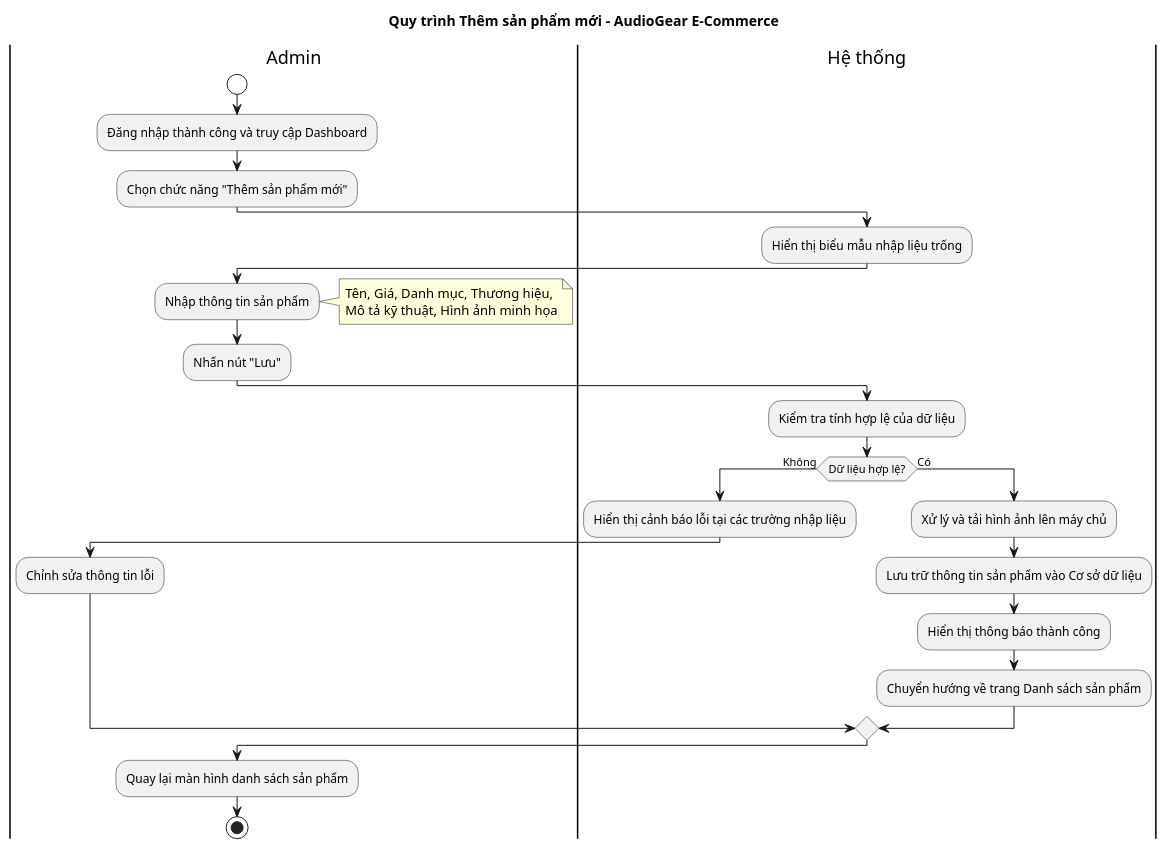
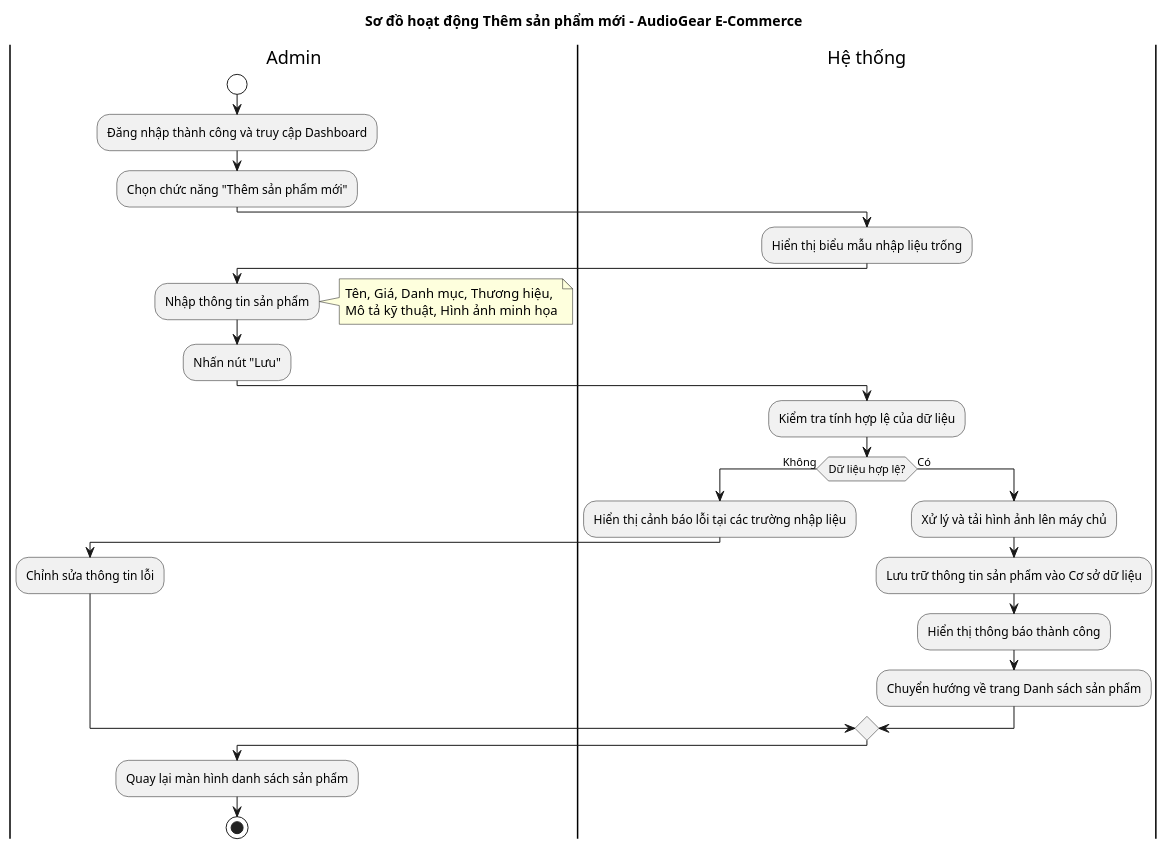
One commit to trihieuvo/justFUML changed the diagram in src/Admin/activity/activity_admin_add_product.puml. Above: the diagram before and after it, drawn with PlantUML. The commit also changed 7 other files, not shown here.

First line of the commit message:
Refactor and standardize activity UML diagrams

```diff
--- a/src/Admin/activity/activity_admin_add_product.puml
+++ b/src/Admin/activity/activity_admin_add_product.puml
@@ -1,42 +1,43 @@
-title Quy trình Thêm sản phẩm mới - AudioGear E-Commerce
+@startuml
+title Sơ đồ hoạt động Thêm sản phẩm mới - AudioGear E-Commerce
 
 skinparam ActivityStartColor white
 skinparam ActivityEndColor white
 
 |Admin|
 start
 :Đăng nhập thành công và truy cập Dashboard;
 :Chọn chức năng "Thêm sản phẩm mới";
 
 |Hệ thống|
 :Hiển thị biểu mẫu nhập liệu trống;
 
 |Admin|
 :Nhập thông tin sản phẩm;
 note right
   Tên, Giá, Danh mục, Thương hiệu,
   Mô tả kỹ thuật, Hình ảnh minh họa
 end note
 :Nhấn nút "Lưu";
 
 |Hệ thống|
 :Kiểm tra tính hợp lệ của dữ liệu;
 
 if (Dữ liệu hợp lệ?) then (Không)
     :Hiển thị cảnh báo lỗi tại các trường nhập liệu;
     |Admin|
     :Chỉnh sửa thông tin lỗi;
 
 else (Có)
     |Hệ thống|
     :Xử lý và tải hình ảnh lên máy chủ;
     :Lưu trữ thông tin sản phẩm vào Cơ sở dữ liệu;
     :Hiển thị thông báo thành công;
     :Chuyển hướng về trang Danh sách sản phẩm;
 endif
 
 |Admin|
 :Quay lại màn hình danh sách sản phẩm;
 
 stop
 @enduml
```
